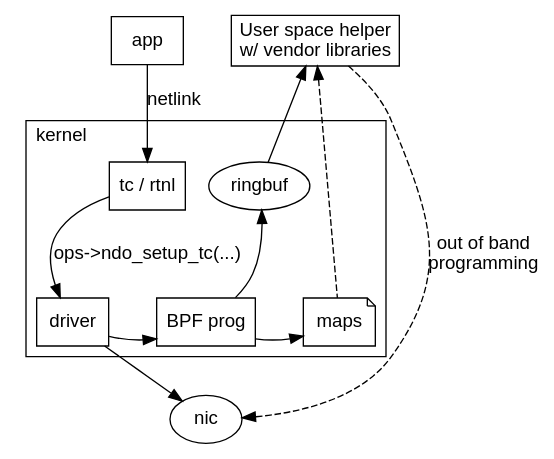
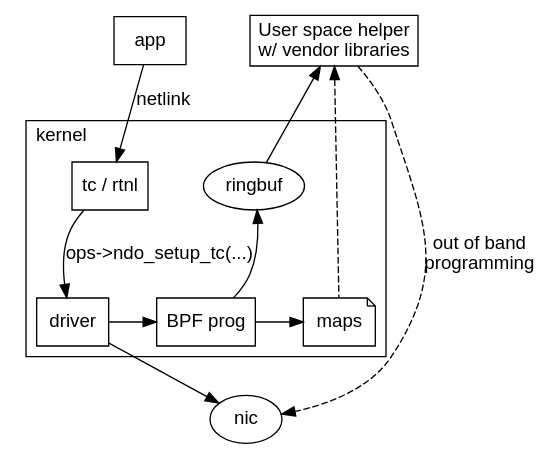
Before and after one commit to donaldh/opi-proto: the third of 4 diagrams in netlink/README.org, drawn with Graphviz. The commit also changed other lines of this file and 3 other files, not shown here.

Commit message:
More diagram tweaks to fix layout

```diff
--- a/netlink/README.org
+++ b/netlink/README.org
@@ -80,40 +80,37 @@
 #+begin_src dot :file bpf_enablement.png :tangle bpf_enablement.txt :exports results
  digraph mirror_state {
         fontname="Arial"
         node [fontname="Arial"]
         edge [fontname="Arial"]
 
         subgraph user_space {
                 app [shape=box]
                 listener [shape=box label="User space helper\nw/ vendor libraries"]
                 rank = same;
         }
         subgraph cluster_kernel {
                 label = "kernel"
                 labeljust = "l"
                 tc [shape=box; label="tc / rtnl"]
                 ringbuf
                 {rank = same; tc; ringbuf}
                 driver [shape=box]
                 bpf [shape=box label="BPF prog"]
                 maps [shape=note]
                 {rank = same; driver; bpf; maps;}
         }
 
         app -> tc [label="netlink"]
-        bpf -> ringbuf -> listener
+        listener -> ringbuf -> bpf [dir=back]
         tc -> driver [label="ops->ndo_setup_tc(...)"]
         driver -> nic
         driver -> bpf
         bpf -> maps
 
         listener -> nic [label="out of band\nprogramming" style=dashed]
         listener -> maps [style=dashed; dir=back]
 
         edge[style=invis]
-        listener->tc->bpf->nic
-        driver->bpf->maps
         app->listener
-
  }
 #+end_src
```
